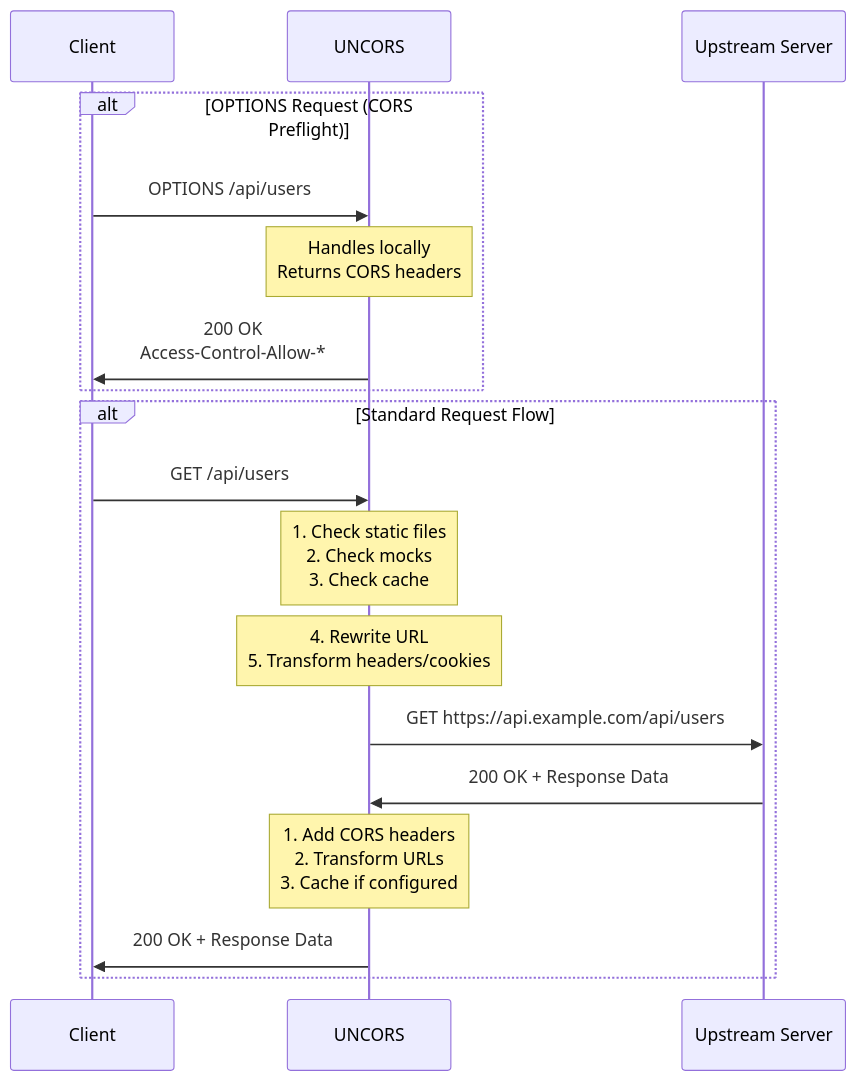
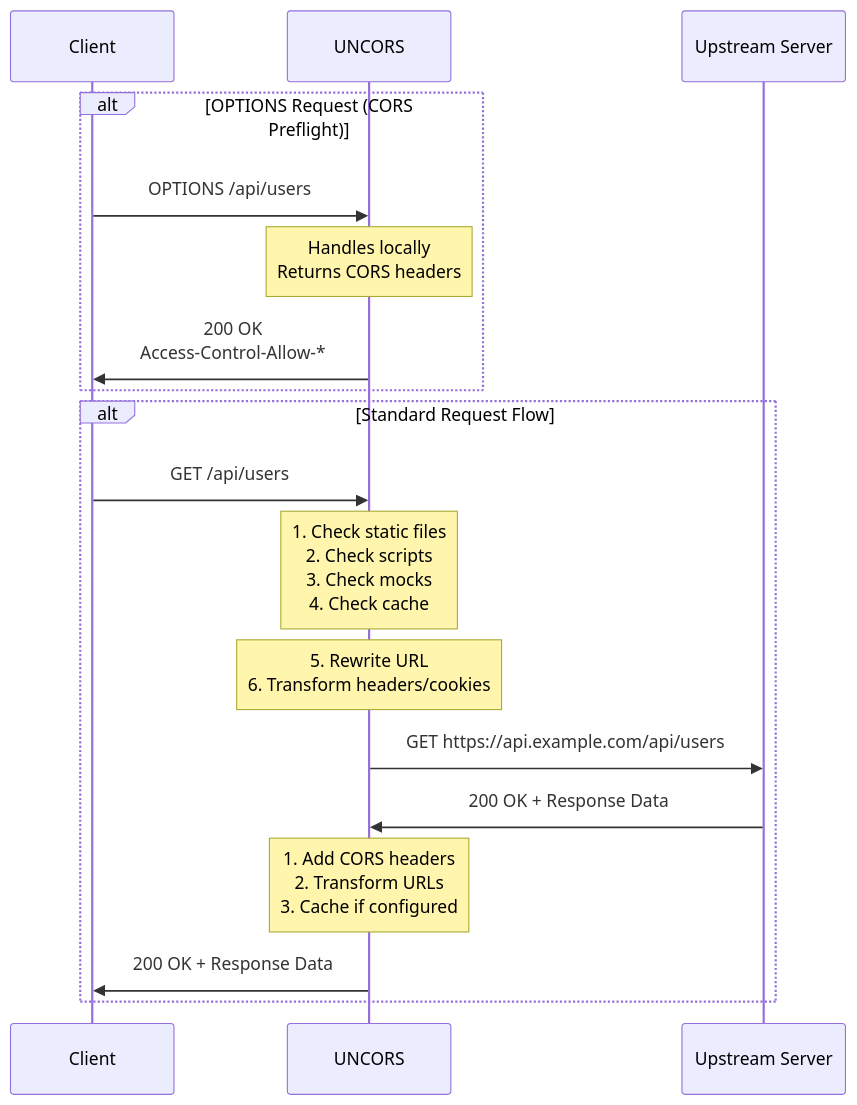
The diagram in docs/7. Request flow.md (evg4b/uncors), drawn with Mermaid before and after one commit. The commit also changed other lines of this file and 40 other files, not shown here.

````diff
--- a/docs/7. Request flow.md
+++ b/docs/7. Request flow.md
@@ -5,22 +5,22 @@
 ```mermaid
 sequenceDiagram
     participant Client
     participant UNCORS
     participant Upstream Server
 
     alt OPTIONS Request (CORS Preflight)
         Client->>UNCORS: OPTIONS /api/users
         Note over UNCORS: Handles locally<br/>Returns CORS headers
         UNCORS->>Client: 200 OK<br/>Access-Control-Allow-*
     end
 
     alt Standard Request Flow
         Client->>UNCORS: GET /api/users
-        Note over UNCORS: 1. Check static files<br/>2. Check mocks<br/>3. Check cache
-        Note over UNCORS: 4. Rewrite URL<br/>5. Transform headers/cookies
+        Note over UNCORS: 1. Check static files<br/>2. Check scripts<br/>3. Check mocks<br/>4. Check cache
+        Note over UNCORS: 5. Rewrite URL<br/>6. Transform headers/cookies
         UNCORS->>Upstream Server: GET https://api.example.com/api/users
         Upstream Server->>UNCORS: 200 OK + Response Data
         Note over UNCORS: 1. Add CORS headers<br/>2. Transform URLs<br/>3. Cache if configured
         UNCORS->>Client: 200 OK + Response Data
     end
 ```
````
